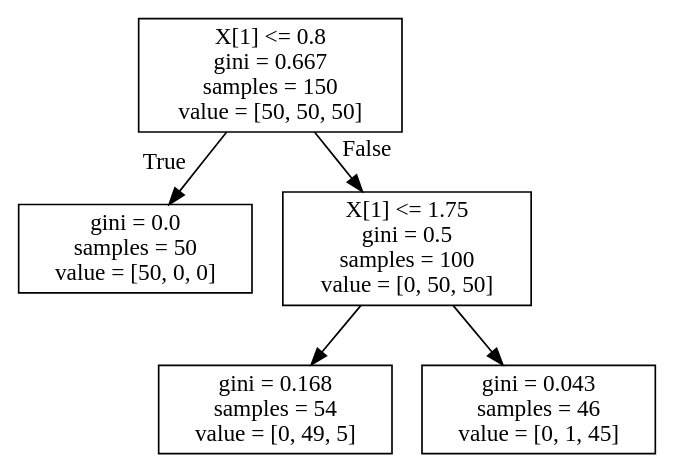
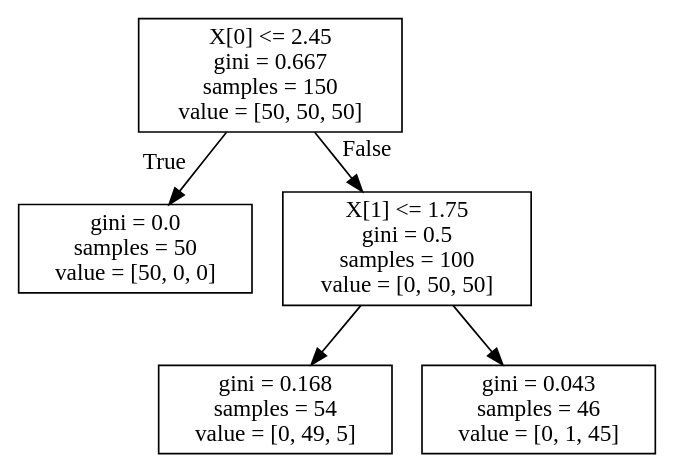
Before and after one commit to chris-leonard/hands-on-machine-learning: the diagram in chapter-6/images/iris_tree.dot, drawn with Graphviz. The commit also changed 1 other file, not shown here.

```diff
--- a/chapter-6/images/iris_tree.dot
+++ b/chapter-6/images/iris_tree.dot
@@ -1,12 +1,12 @@
 digraph Tree {
 node [shape=box] ;
-0 [label="X[1] <= 0.8\ngini = 0.667\nsamples = 150\nvalue = [50, 50, 50]"] ;
+0 [label="X[0] <= 2.45\ngini = 0.667\nsamples = 150\nvalue = [50, 50, 50]"] ;
 1 [label="gini = 0.0\nsamples = 50\nvalue = [50, 0, 0]"] ;
 0 -> 1 [labeldistance=2.5, labelangle=45, headlabel="True"] ;
 2 [label="X[1] <= 1.75\ngini = 0.5\nsamples = 100\nvalue = [0, 50, 50]"] ;
 0 -> 2 [labeldistance=2.5, labelangle=-45, headlabel="False"] ;
 3 [label="gini = 0.168\nsamples = 54\nvalue = [0, 49, 5]"] ;
 2 -> 3 ;
 4 [label="gini = 0.043\nsamples = 46\nvalue = [0, 1, 45]"] ;
 2 -> 4 ;
 }
```
